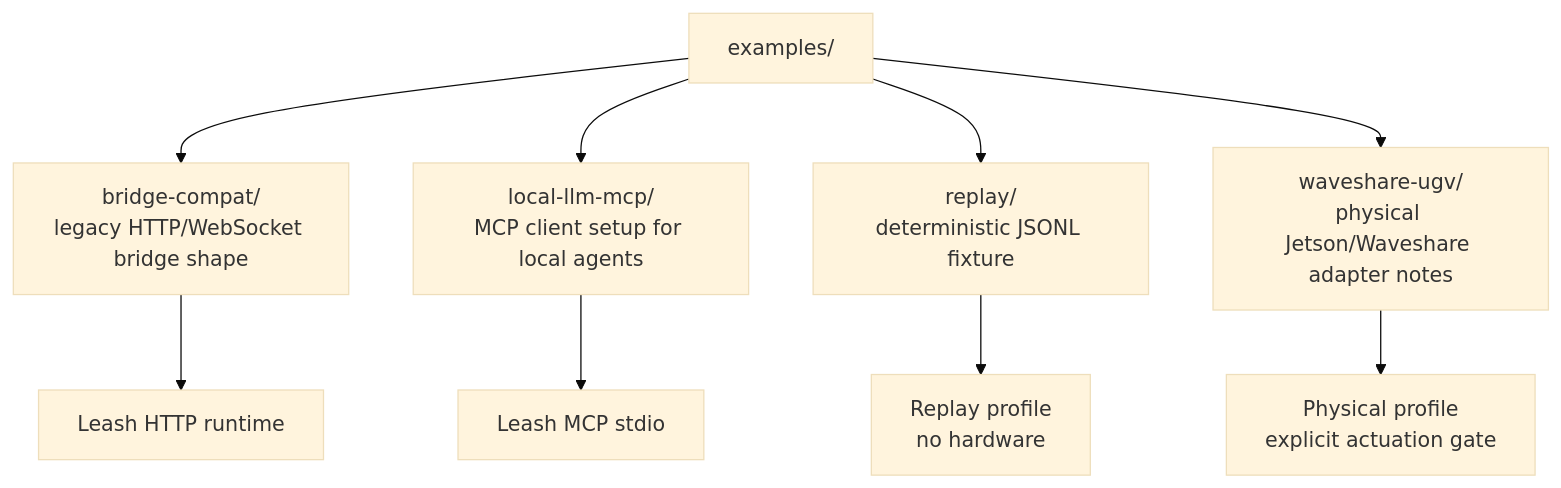
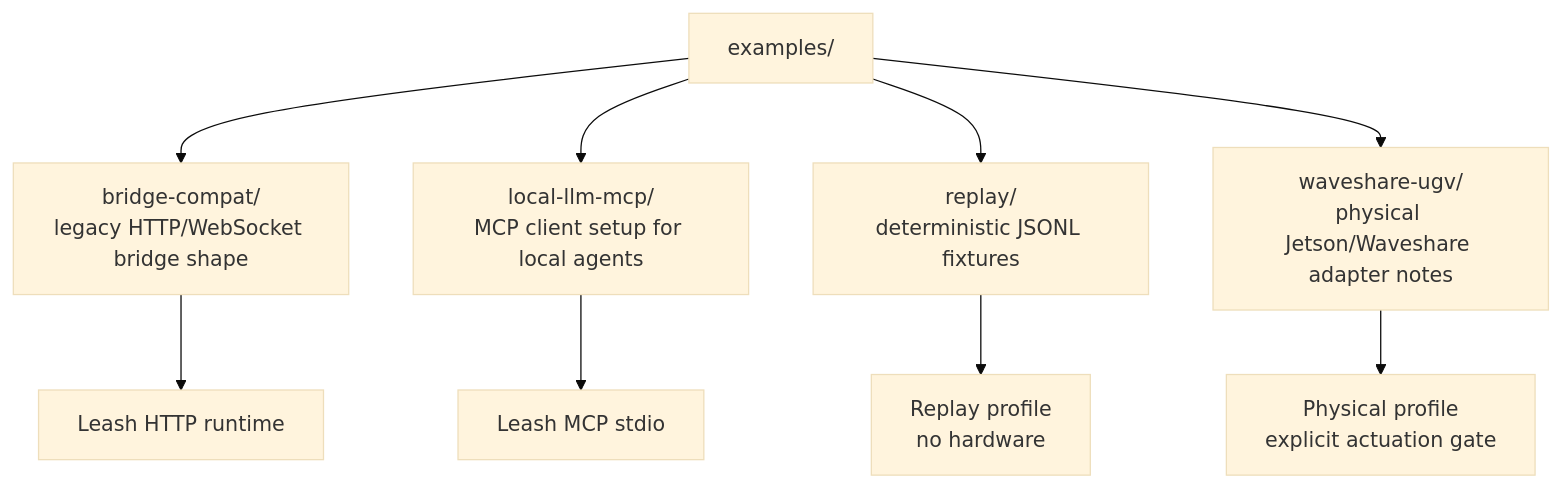
The diagram in examples/README.md (specdog/leash), drawn with Mermaid (base theme) before and after one commit. The commit also changed other lines of this file and 15 other files, not shown here.

````diff
--- a/examples/README.md
+++ b/examples/README.md
@@ -5,12 +5,12 @@
 ```mermaid
 flowchart TB
   examples["examples/"] --> bridge["bridge-compat/\nlegacy HTTP/WebSocket bridge shape"]
   examples --> local["local-llm-mcp/\nMCP client setup for local agents"]
-  examples --> replay["replay/\ndeterministic JSONL fixture"]
+  examples --> replay["replay/\ndeterministic JSONL fixtures"]
   examples --> ugv["waveshare-ugv/\nphysical Jetson/Waveshare adapter notes"]
 
   bridge --> http["Leash HTTP runtime"]
   local --> mcp["Leash MCP stdio"]
   replay --> deterministic["Replay profile\nno hardware"]
   ugv --> physical["Physical profile\nexplicit actuation gate"]
 ```
````
